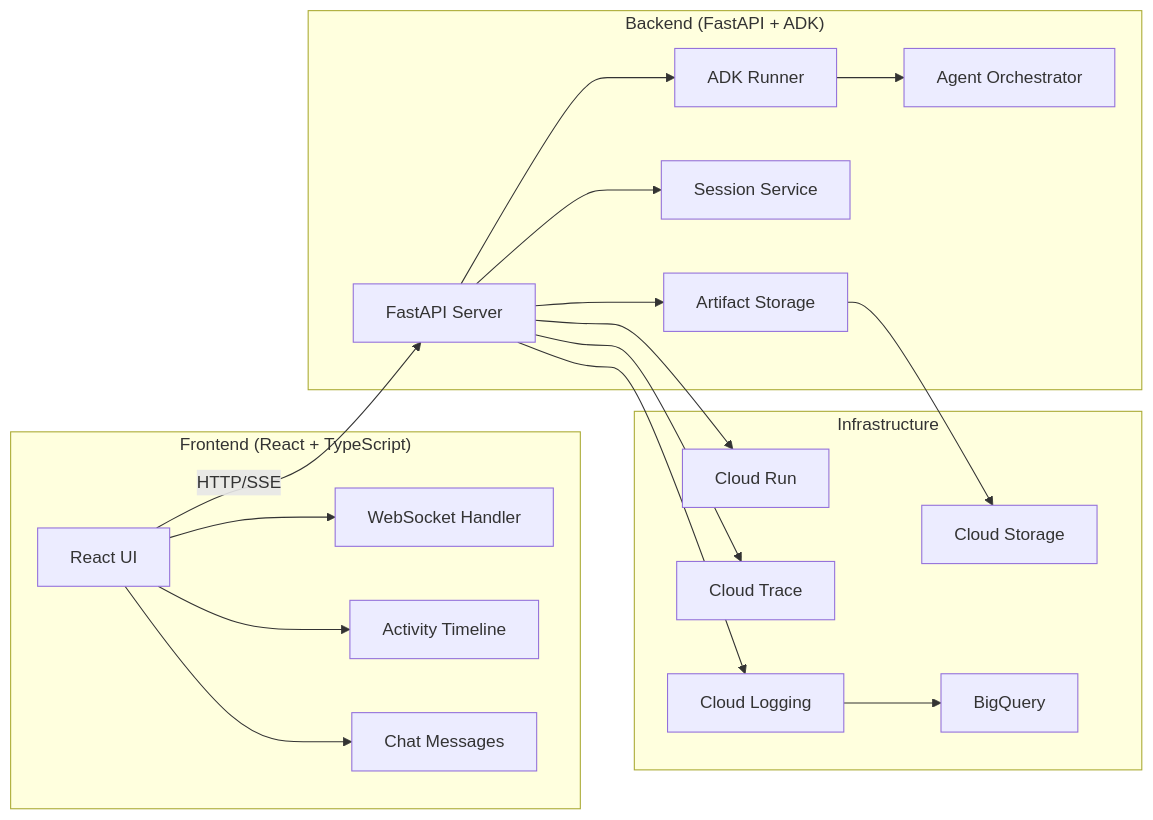
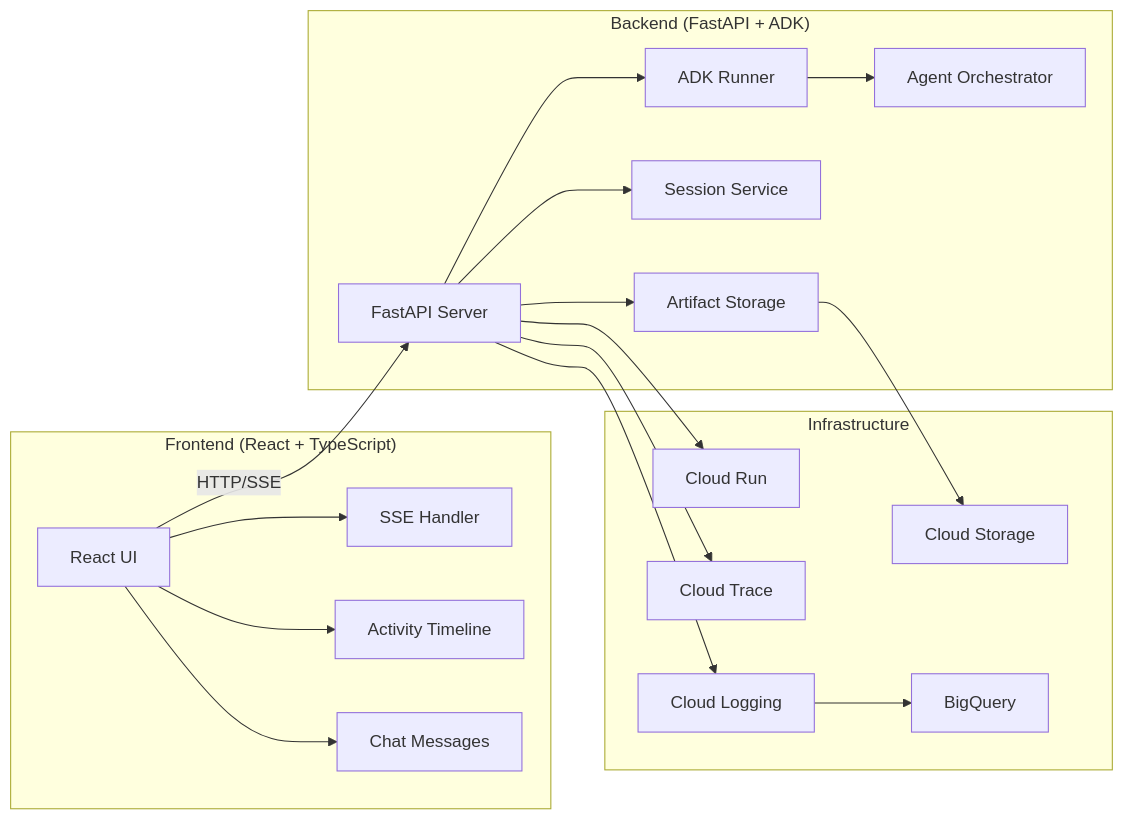
One commit to NickB03/vana changed the second of 5 diagrams in README.md. Above: the diagram before and after it, drawn with Mermaid. The commit also changed other lines of this file, not shown here.

````diff
--- a/README.md
+++ b/README.md
@@ -156,32 +155,32 @@
 ```mermaid
 graph LR
     subgraph "Frontend (React + TypeScript)"
         UI[React UI]
-        UI --> WS[WebSocket Handler]
+        UI --> SSE[SSE Handler]
         UI --> AT[Activity Timeline]
         UI --> CM[Chat Messages]
     end
     
     subgraph "Backend (FastAPI + ADK)"
         API[FastAPI Server]
         API --> Runner[ADK Runner]
         Runner --> Agents[Agent Orchestrator]
         API --> Session[Session Service]
         API --> Artifacts[Artifact Storage]
     end
     
     subgraph "Infrastructure"
         CR[Cloud Run]
         GCS[Cloud Storage]
         BQ[BigQuery]
         CT[Cloud Trace]
         CL[Cloud Logging]
     end
     
     UI -->|HTTP/SSE| API
     API --> CR
     Artifacts --> GCS
     API --> CT
     API --> CL
     CL --> BQ
 ```
````
